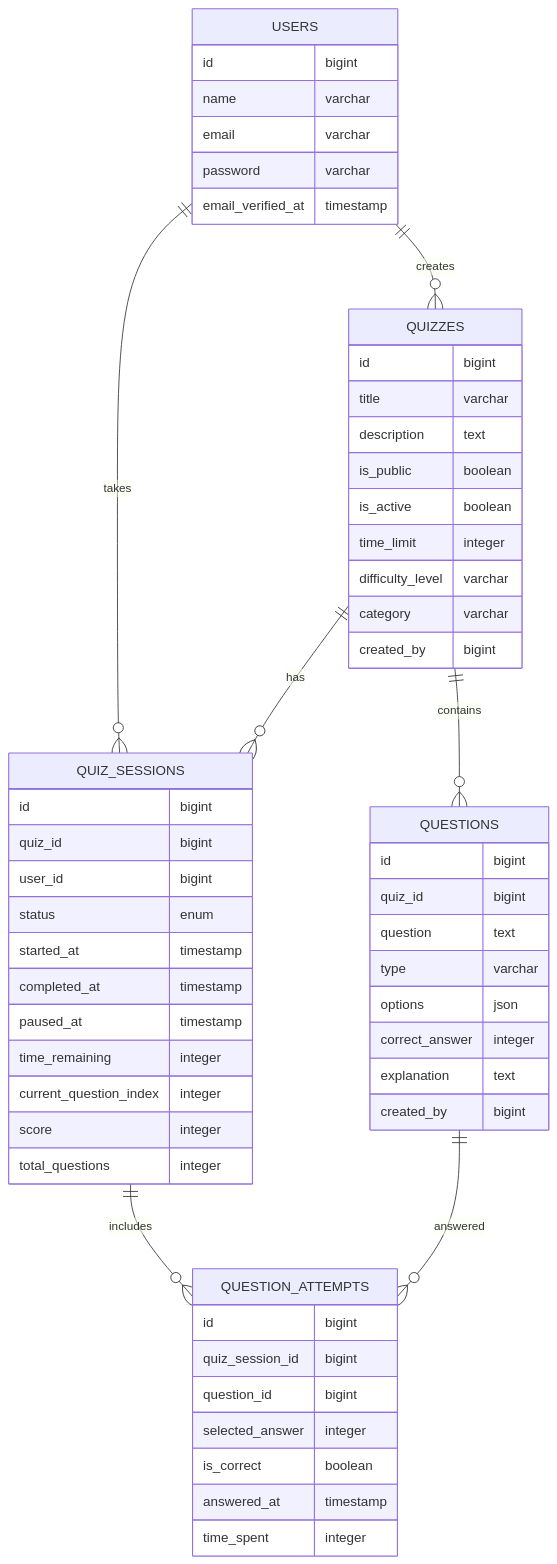
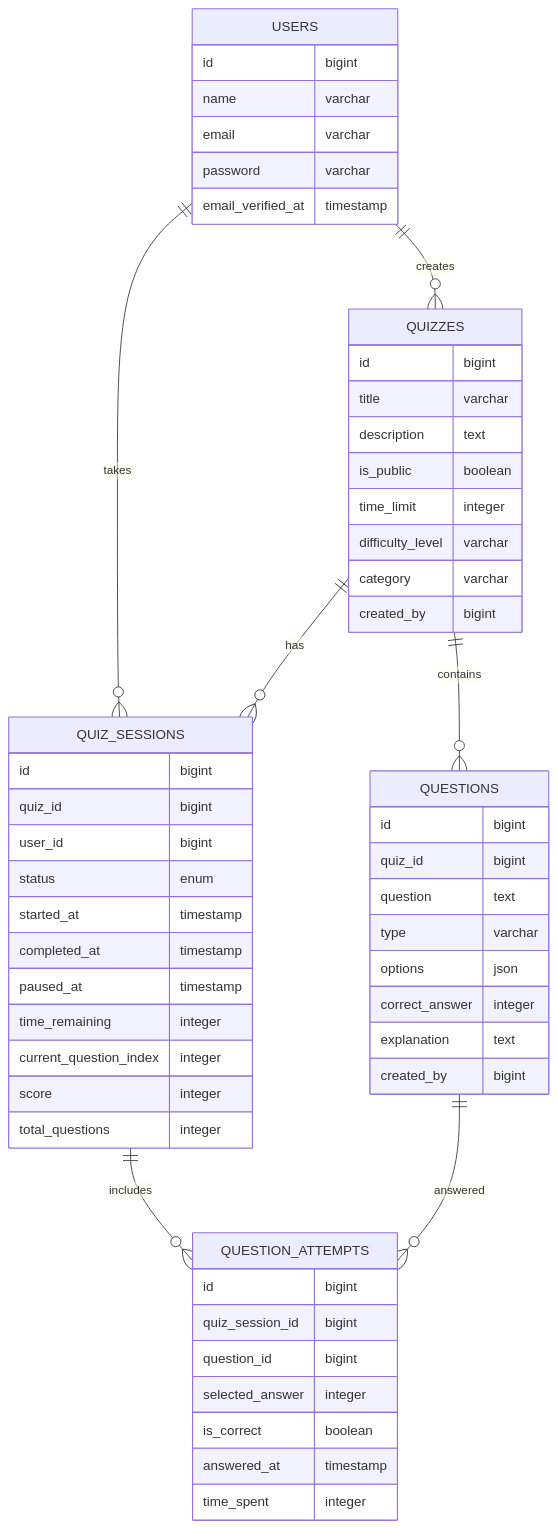
Before and after one commit to nielpattin/next-quiz-learn: the diagram in README.md, drawn with Mermaid. The commit also changed other lines of this file and 29 other files, not shown here.

````diff
--- a/README.md
+++ b/README.md
@@ -83,64 +97,63 @@
 ```mermaid
 erDiagram
     USERS ||--o{ QUIZZES : creates
     USERS ||--o{ QUIZ_SESSIONS : takes
     QUIZZES ||--o{ QUIZ_SESSIONS : has
     QUIZZES ||--o{ QUESTIONS : contains
     QUIZ_SESSIONS ||--o{ QUESTION_ATTEMPTS : includes
     QUESTIONS ||--o{ QUESTION_ATTEMPTS : answered
 
     USERS {
         id bigint
         name varchar
         email varchar
         password varchar
         email_verified_at timestamp
     }
 
     QUIZZES {
         id bigint
         title varchar
         description text
         is_public boolean
-        is_active boolean
         time_limit integer
         difficulty_level varchar
         category varchar
         created_by bigint
     }
 
     QUESTIONS {
         id bigint
         quiz_id bigint
         question text
         type varchar
         options json
         correct_answer integer
         explanation text
         created_by bigint
     }
 
     QUIZ_SESSIONS {
         id bigint
         quiz_id bigint
         user_id bigint
         status enum
         started_at timestamp
         completed_at timestamp
         paused_at timestamp
         time_remaining integer
         current_question_index integer
         score integer
         total_questions integer
     }
 
     QUESTION_ATTEMPTS {
         id bigint
         quiz_session_id bigint
         question_id bigint
         selected_answer integer
         is_correct boolean
         answered_at timestamp
         time_spent integer
     }
 ```
````
